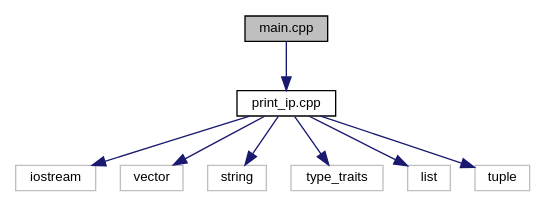
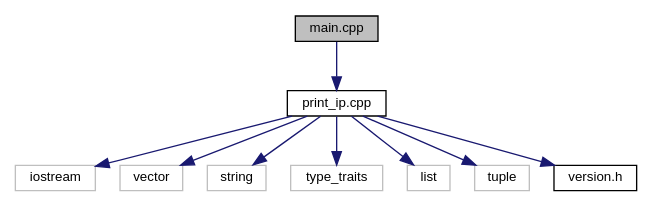
One commit to marisarze/otus_cpp_print_ip changed the diagram in da/dce/main_8cpp__incl.dot. Above: the diagram before and after it, drawn with Graphviz. The commit also changed 59 other files, not shown here.

```diff
--- a/da/dce/main_8cpp__incl.dot
+++ b/da/dce/main_8cpp__incl.dot
@@ -1,22 +1,24 @@
 digraph "main.cpp"
 {
  // INTERACTIVE_SVG=YES
  // LATEX_PDF_SIZE
   edge [fontname="Helvetica",fontsize="10",labelfontname="Helvetica",labelfontsize="10"];
   node [fontname="Helvetica",fontsize="10",shape=record];
   Node1 [label="main.cpp",height=0.2,width=0.4,color="black", fillcolor="grey75", style="filled", fontcolor="black",tooltip=" "];
   Node1 -> Node2 [color="midnightblue",fontsize="10",style="solid",fontname="Helvetica"];
   Node2 [label="print_ip.cpp",height=0.2,width=0.4,color="black", fillcolor="white", style="filled",URL="$dc/d8e/print__ip_8cpp.html",tooltip="functions for printing ip"];
   Node2 -> Node3 [color="midnightblue",fontsize="10",style="solid",fontname="Helvetica"];
   Node3 [label="iostream",height=0.2,width=0.4,color="grey75", fillcolor="white", style="filled",tooltip=" "];
   Node2 -> Node4 [color="midnightblue",fontsize="10",style="solid",fontname="Helvetica"];
   Node4 [label="vector",height=0.2,width=0.4,color="grey75", fillcolor="white", style="filled",tooltip=" "];
   Node2 -> Node5 [color="midnightblue",fontsize="10",style="solid",fontname="Helvetica"];
   Node5 [label="string",height=0.2,width=0.4,color="grey75", fillcolor="white", style="filled",tooltip=" "];
   Node2 -> Node6 [color="midnightblue",fontsize="10",style="solid",fontname="Helvetica"];
   Node6 [label="type_traits",height=0.2,width=0.4,color="grey75", fillcolor="white", style="filled",tooltip=" "];
   Node2 -> Node7 [color="midnightblue",fontsize="10",style="solid",fontname="Helvetica"];
   Node7 [label="list",height=0.2,width=0.4,color="grey75", fillcolor="white", style="filled",tooltip=" "];
   Node2 -> Node8 [color="midnightblue",fontsize="10",style="solid",fontname="Helvetica"];
   Node8 [label="tuple",height=0.2,width=0.4,color="grey75", fillcolor="white", style="filled",tooltip=" "];
+  Node2 -> Node9 [color="midnightblue",fontsize="10",style="solid",fontname="Helvetica"];
+  Node9 [label="version.h",height=0.2,width=0.4,color="black", fillcolor="white", style="filled",URL="$df/dfc/version_8h.html",tooltip=" "];
 }
```
